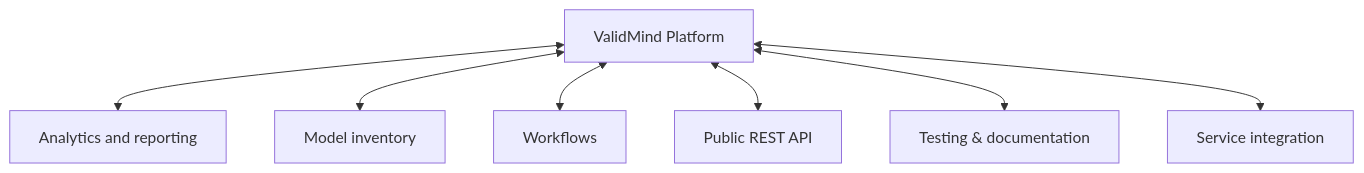
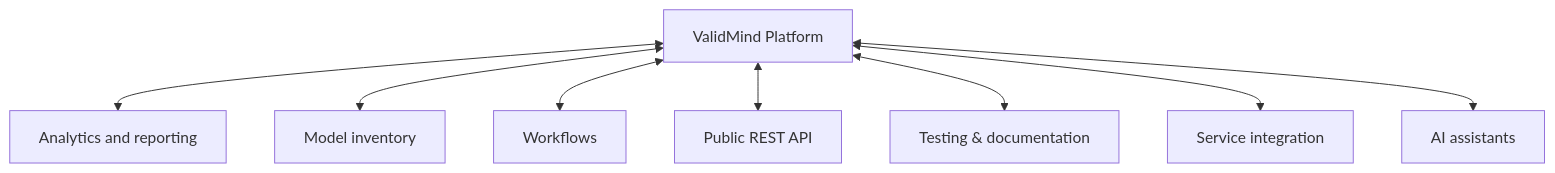
Before and after one commit to validmind/documentation: the diagram in site/guide/integrations/managing-integrations.qmd, drawn with Mermaid. The commit also changed other lines of this file and 6 other files, not shown here.

````diff
--- a/site/guide/integrations/managing-integrations.qmd
+++ b/site/guide/integrations/managing-integrations.qmd
@@ -27,17 +27,19 @@
 ```{mermaid}
 graph TD
     A[ValidMind Platform]
     B[Analytics and reporting]
     C[Model inventory]
     D[Workflows]
     E[Public REST API]
     F[Testing & documentation]
     G[Service integration]
+    H[AI assistants]
     
     A <--> B
     A <--> C
     A <--> D
     A <--> E
     A <--> F
     A <--> G
+    A <--> H
 ```
````
